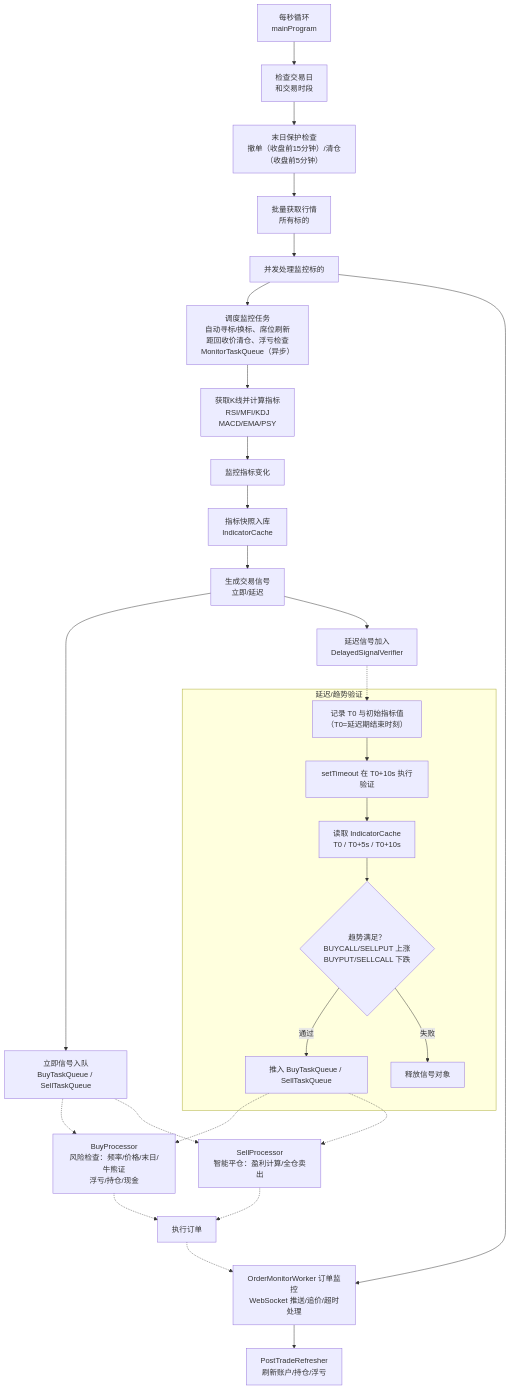
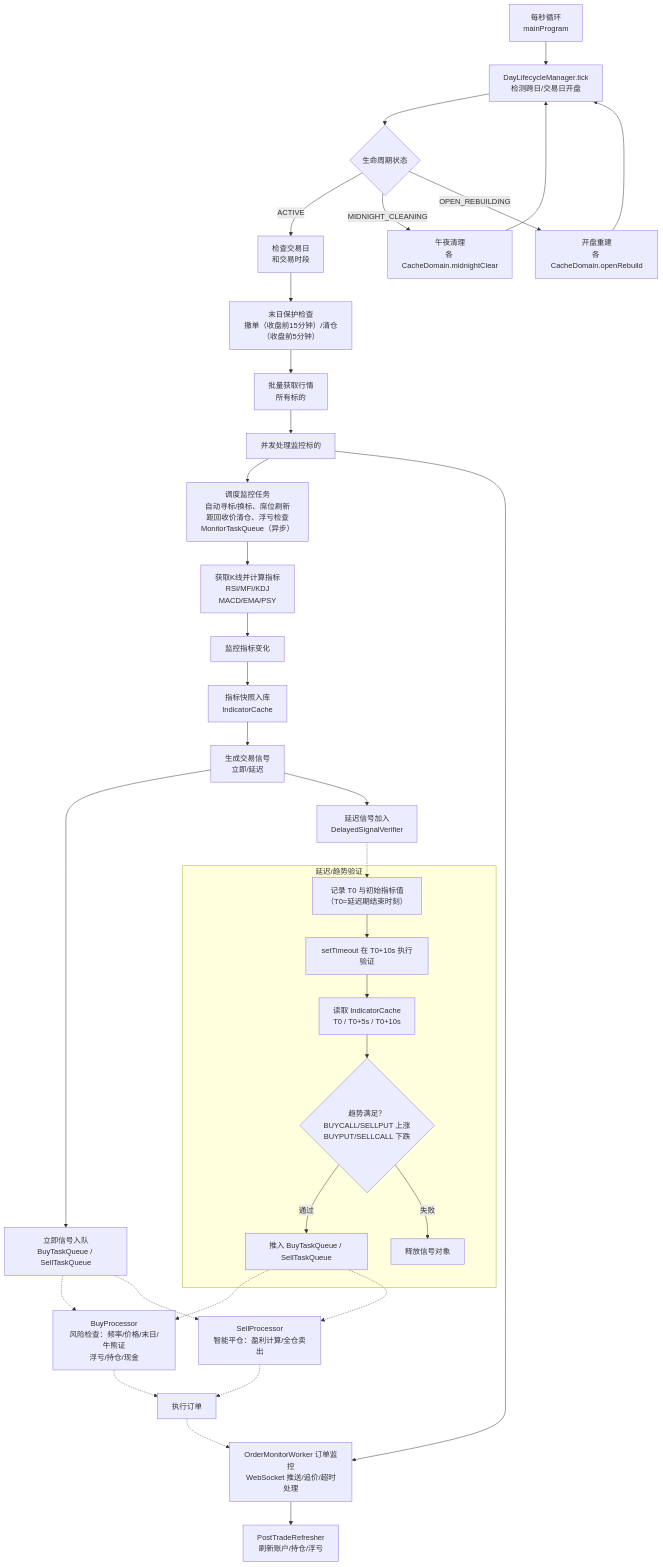
Before and after one commit to zhengyongjie16/Longbridge-Quantitative-Trading: the diagram in README.md, drawn with Mermaid. The commit also changed other lines of this file and 1 other file, not shown here.

````diff
--- a/README.md
+++ b/README.md
@@ -351,33 +377,39 @@
 ```mermaid
 graph TD
-  A["每秒循环<br/>mainProgram"] --> B["检查交易日<br/>和交易时段"]
+  A["每秒循环<br/>mainProgram"] --> A1["DayLifecycleManager.tick<br/>检测跨日/交易日开盘"]
+  A1 --> A2{"生命周期状态"}
+  A2 -->|ACTIVE| B["检查交易日<br/>和交易时段"]
+  A2 -->|MIDNIGHT_CLEANING| A3["午夜清理<br/>各 CacheDomain.midnightClear"]
+  A2 -->|OPEN_REBUILDING| A4["开盘重建<br/>各 CacheDomain.openRebuild"]
+  A3 --> A1
+  A4 --> A1
   B --> C["末日保护检查<br/>撤单（收盘前15分钟）/清仓（收盘前5分钟）"]
   C --> D["批量获取行情<br/>所有标的"]
   D --> E["并发处理监控标的"]
   E --> E1["调度监控任务<br/>自动寻标/换标、席位刷新<br/>距回收价清仓、浮亏检查<br/>MonitorTaskQueue（异步）"]
   E1 --> E2["获取K线并计算指标<br/>RSI/MFI/KDJ<br/>MACD/EMA/PSY"]
   E2 --> E3["监控指标变化"]
   E3 --> E4["指标快照入库<br/>IndicatorCache"]
   E4 --> E5["生成交易信号<br/>立即/延迟"]
   E5 --> F1["立即信号入队<br/>BuyTaskQueue / SellTaskQueue"]
   E5 --> F2["延迟信号加入<br/>DelayedSignalVerifier"]
   F1 -.-> G1["BuyProcessor<br/>风险检查：频率/价格/末日/牛熊证<br/>浮亏/持仓/现金"]
   F1 -.-> G2["SellProcessor<br/>智能平仓：盈利计算/全仓卖出"]
   G1 -.-> I["执行订单"]
   G2 -.-> I
   E --> J["OrderMonitorWorker 订单监控<br/>WebSocket 推送/追价/超时处理"]
   J --> K["PostTradeRefresher<br/>刷新账户/持仓/浮亏"]
   I -.-> J
 
   subgraph DS ["延迟/趋势验证"]
     D1["记录 T0 与初始指标值<br/>（T0=延迟期结束时刻）"] --> D2["setTimeout 在 T0+10s 执行验证"]
     D2 --> D3["读取 IndicatorCache<br/>T0 / T0+5s / T0+10s"]
     D3 --> D4{"趋势满足？<br/>BUYCALL/SELLPUT 上涨<br/>BUYPUT/SELLCALL 下跌"}
     D4 -->|通过| D5["推入 BuyTaskQueue / SellTaskQueue"]
     D4 -->|失败| D6["释放信号对象"]
   end
 
   F2 -.-> D1
   D5 -.-> G1
   D5 -.-> G2
 ```
````
